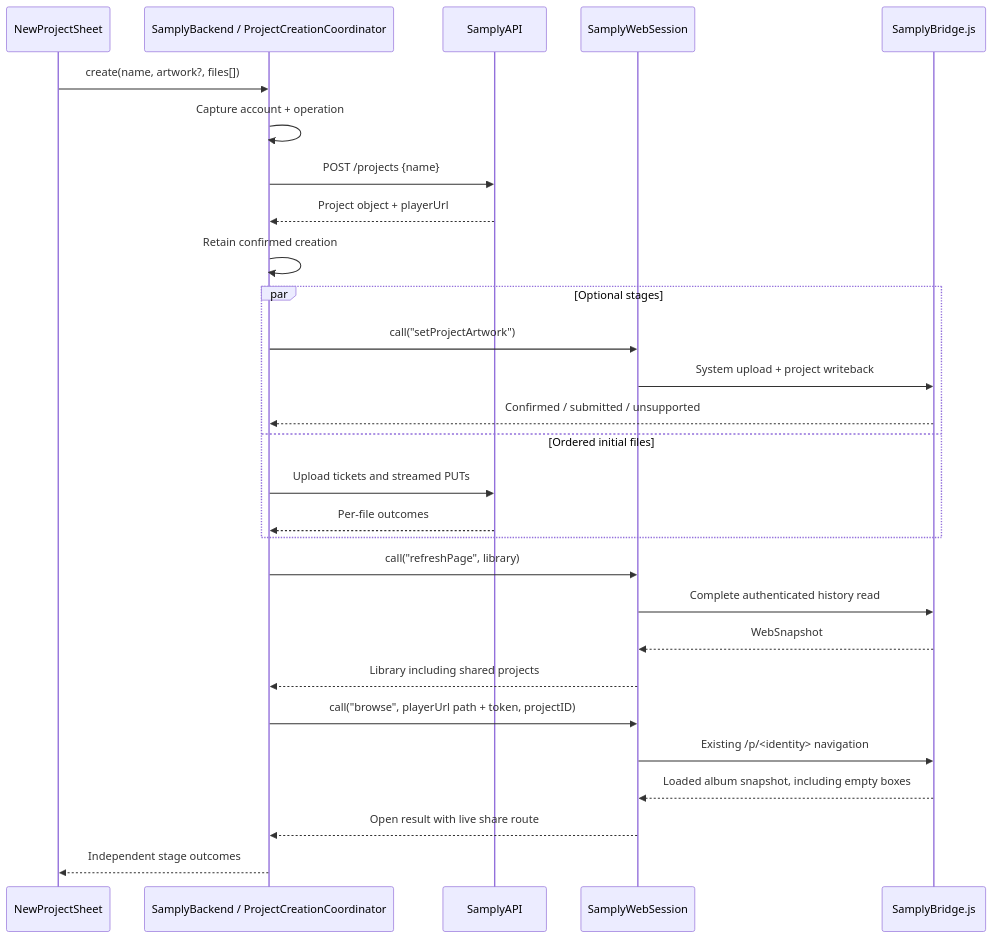
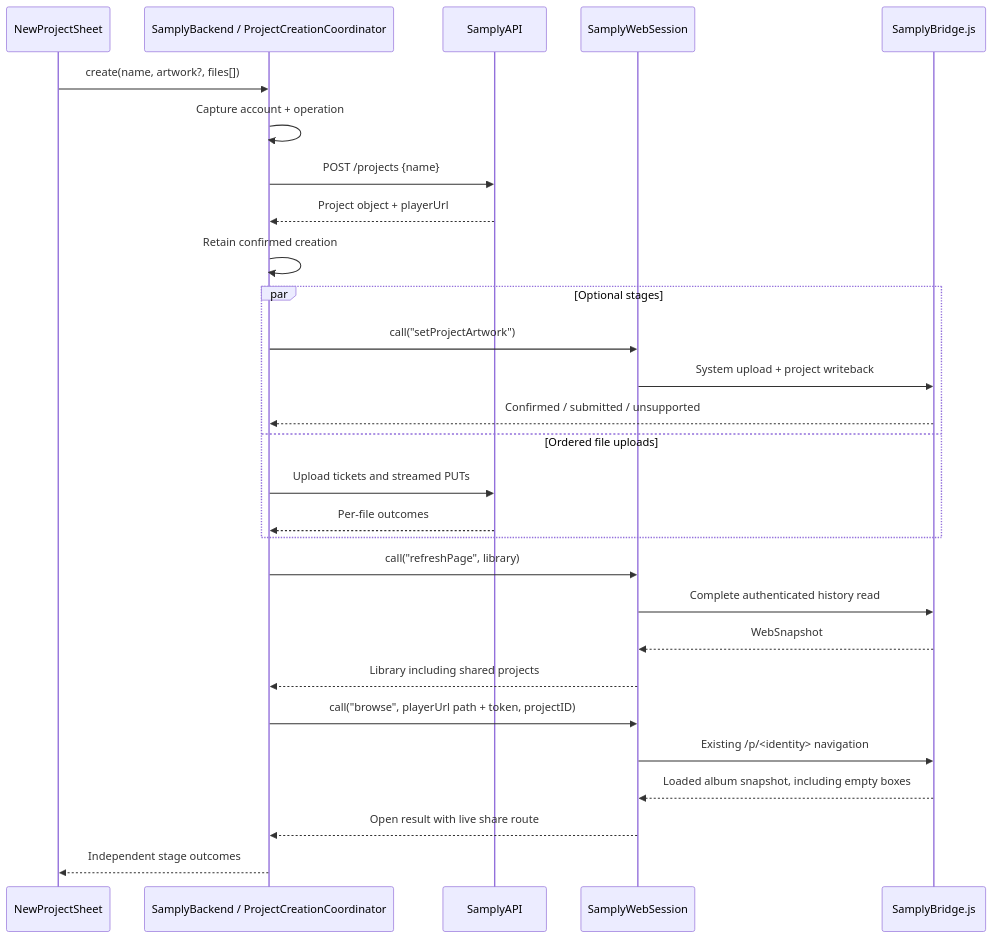
Before and after one commit to ChrisLloydME/Tunes: the third of 3 diagrams in Docs/Architecture.md, drawn with Mermaid. The commit also changed other lines of this file and 2 other files, not shown here.

````diff
--- a/Docs/Architecture.md
+++ b/Docs/Architecture.md
@@ -131,30 +131,30 @@
 ```mermaid
 sequenceDiagram
     participant V as NewProjectSheet
     participant B as SamplyBackend / ProjectCreationCoordinator
     participant A as SamplyAPI
     participant W as SamplyWebSession
     participant J as SamplyBridge.js
     V->>B: create(name, artwork?, files[])
     B->>B: Capture account + operation
     B->>A: POST /projects {name}
     A-->>B: Project object + playerUrl
     B->>B: Retain confirmed creation
     par Optional stages
         B->>W: call("setProjectArtwork")
         W->>J: System upload + project writeback
         J-->>B: Confirmed / submitted / unsupported
-    and Ordered initial files
+    and Ordered file uploads
         B->>A: Upload tickets and streamed PUTs
         A-->>B: Per-file outcomes
     end
     B->>W: call("refreshPage", library)
     W->>J: Complete authenticated history read
     J-->>W: WebSnapshot
     W-->>B: Library including shared projects
     B->>W: call("browse", playerUrl path + token, projectID)
     W->>J: Existing /p/<identity> navigation
     J-->>W: Loaded album snapshot, including empty boxes
     W-->>B: Open result with live share route
     B-->>V: Independent stage outcomes
 ```
````
